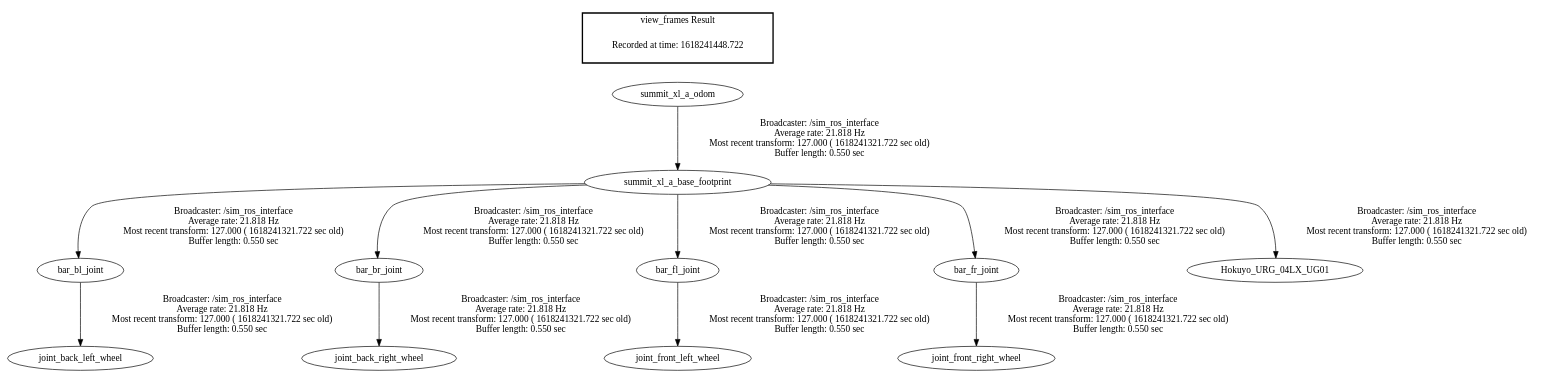
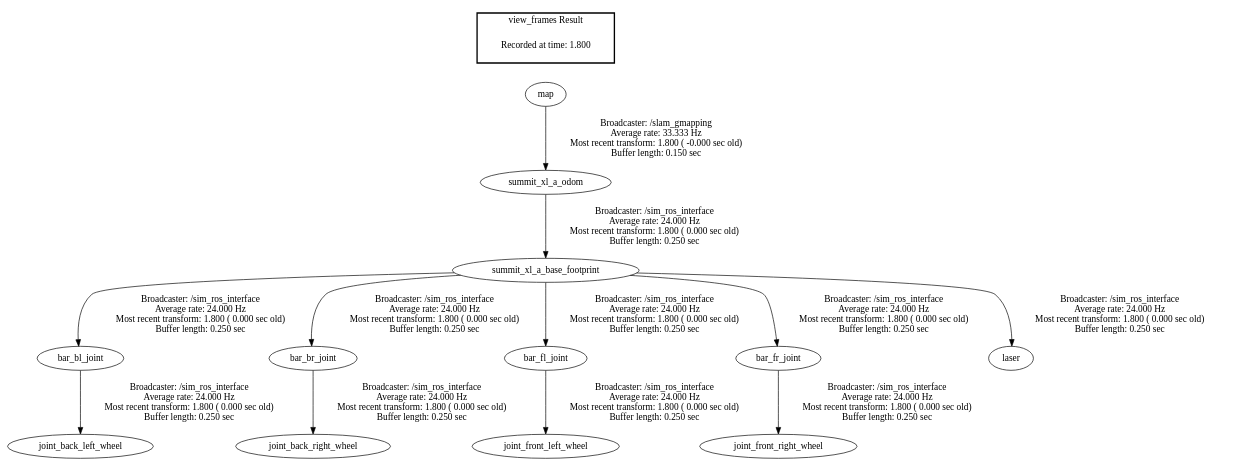
The diagram in frames.gv (ozzwozz/PROJ324), drawn with Graphviz before and after one commit. The commit also changed 72 other files, not shown here.

```diff
--- a/frames.gv
+++ b/frames.gv
@@ -1,16 +1,17 @@
 digraph G {
-"summit_xl_a_odom" -> "summit_xl_a_base_footprint"[label="Broadcaster: /sim_ros_interface\nAverage rate: 21.818 Hz\nMost recent transform: 127.000 ( 1618241321.722 sec old)\nBuffer length: 0.550 sec\n"];
-"summit_xl_a_base_footprint" -> "bar_bl_joint"[label="Broadcaster: /sim_ros_interface\nAverage rate: 21.818 Hz\nMost recent transform: 127.000 ( 1618241321.722 sec old)\nBuffer length: 0.550 sec\n"];
-"summit_xl_a_base_footprint" -> "bar_br_joint"[label="Broadcaster: /sim_ros_interface\nAverage rate: 21.818 Hz\nMost recent transform: 127.000 ( 1618241321.722 sec old)\nBuffer length: 0.550 sec\n"];
-"summit_xl_a_base_footprint" -> "bar_fl_joint"[label="Broadcaster: /sim_ros_interface\nAverage rate: 21.818 Hz\nMost recent transform: 127.000 ( 1618241321.722 sec old)\nBuffer length: 0.550 sec\n"];
-"summit_xl_a_base_footprint" -> "bar_fr_joint"[label="Broadcaster: /sim_ros_interface\nAverage rate: 21.818 Hz\nMost recent transform: 127.000 ( 1618241321.722 sec old)\nBuffer length: 0.550 sec\n"];
-"summit_xl_a_base_footprint" -> "Hokuyo_URG_04LX_UG01"[label="Broadcaster: /sim_ros_interface\nAverage rate: 21.818 Hz\nMost recent transform: 127.000 ( 1618241321.722 sec old)\nBuffer length: 0.550 sec\n"];
-"bar_bl_joint" -> "joint_back_left_wheel"[label="Broadcaster: /sim_ros_interface\nAverage rate: 21.818 Hz\nMost recent transform: 127.000 ( 1618241321.722 sec old)\nBuffer length: 0.550 sec\n"];
-"bar_br_joint" -> "joint_back_right_wheel"[label="Broadcaster: /sim_ros_interface\nAverage rate: 21.818 Hz\nMost recent transform: 127.000 ( 1618241321.722 sec old)\nBuffer length: 0.550 sec\n"];
-"bar_fl_joint" -> "joint_front_left_wheel"[label="Broadcaster: /sim_ros_interface\nAverage rate: 21.818 Hz\nMost recent transform: 127.000 ( 1618241321.722 sec old)\nBuffer length: 0.550 sec\n"];
-"bar_fr_joint" -> "joint_front_right_wheel"[label="Broadcaster: /sim_ros_interface\nAverage rate: 21.818 Hz\nMost recent transform: 127.000 ( 1618241321.722 sec old)\nBuffer length: 0.550 sec\n"];
+"summit_xl_a_odom" -> "summit_xl_a_base_footprint"[label="Broadcaster: /sim_ros_interface\nAverage rate: 24.000 Hz\nMost recent transform: 1.800 ( 0.000 sec old)\nBuffer length: 0.250 sec\n"];
+"map" -> "summit_xl_a_odom"[label="Broadcaster: /slam_gmapping\nAverage rate: 33.333 Hz\nMost recent transform: 1.800 ( -0.000 sec old)\nBuffer length: 0.150 sec\n"];
+"summit_xl_a_base_footprint" -> "bar_bl_joint"[label="Broadcaster: /sim_ros_interface\nAverage rate: 24.000 Hz\nMost recent transform: 1.800 ( 0.000 sec old)\nBuffer length: 0.250 sec\n"];
+"summit_xl_a_base_footprint" -> "bar_br_joint"[label="Broadcaster: /sim_ros_interface\nAverage rate: 24.000 Hz\nMost recent transform: 1.800 ( 0.000 sec old)\nBuffer length: 0.250 sec\n"];
+"summit_xl_a_base_footprint" -> "bar_fl_joint"[label="Broadcaster: /sim_ros_interface\nAverage rate: 24.000 Hz\nMost recent transform: 1.800 ( 0.000 sec old)\nBuffer length: 0.250 sec\n"];
+"summit_xl_a_base_footprint" -> "bar_fr_joint"[label="Broadcaster: /sim_ros_interface\nAverage rate: 24.000 Hz\nMost recent transform: 1.800 ( 0.000 sec old)\nBuffer length: 0.250 sec\n"];
+"summit_xl_a_base_footprint" -> "laser"[label="Broadcaster: /sim_ros_interface\nAverage rate: 24.000 Hz\nMost recent transform: 1.800 ( 0.000 sec old)\nBuffer length: 0.250 sec\n"];
+"bar_bl_joint" -> "joint_back_left_wheel"[label="Broadcaster: /sim_ros_interface\nAverage rate: 24.000 Hz\nMost recent transform: 1.800 ( 0.000 sec old)\nBuffer length: 0.250 sec\n"];
+"bar_br_joint" -> "joint_back_right_wheel"[label="Broadcaster: /sim_ros_interface\nAverage rate: 24.000 Hz\nMost recent transform: 1.800 ( 0.000 sec old)\nBuffer length: 0.250 sec\n"];
+"bar_fl_joint" -> "joint_front_left_wheel"[label="Broadcaster: /sim_ros_interface\nAverage rate: 24.000 Hz\nMost recent transform: 1.800 ( 0.000 sec old)\nBuffer length: 0.250 sec\n"];
+"bar_fr_joint" -> "joint_front_right_wheel"[label="Broadcaster: /sim_ros_interface\nAverage rate: 24.000 Hz\nMost recent transform: 1.800 ( 0.000 sec old)\nBuffer length: 0.250 sec\n"];
 edge [style=invis];
  subgraph cluster_legend { style=bold; color=black; label ="view_frames Result";
-"Recorded at time: 1618241448.722"[ shape=plaintext ] ;
- }->"summit_xl_a_odom";
+"Recorded at time: 1.800"[ shape=plaintext ] ;
+ }->"map";
 }
```
